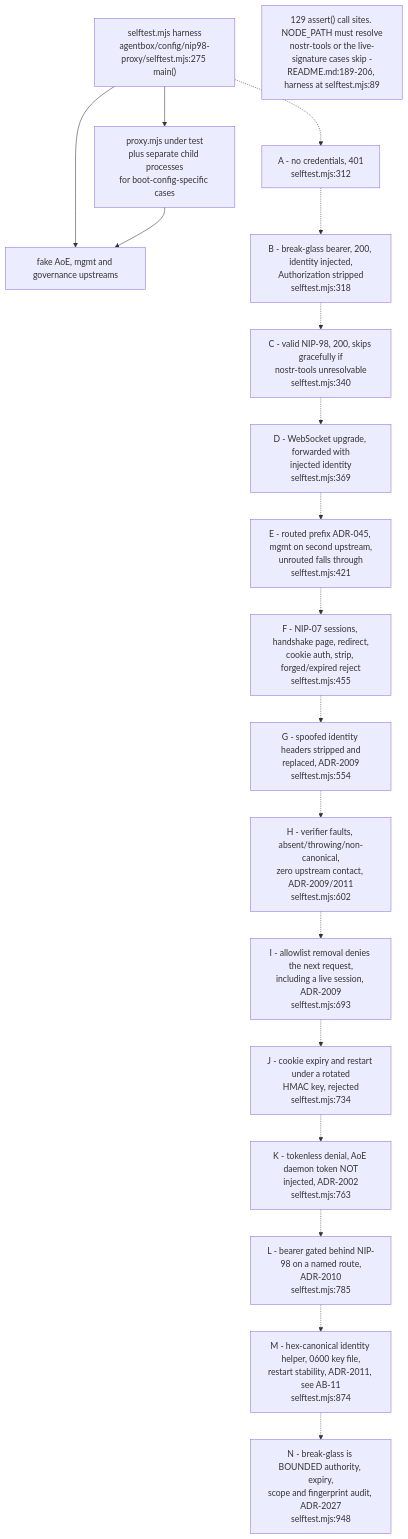
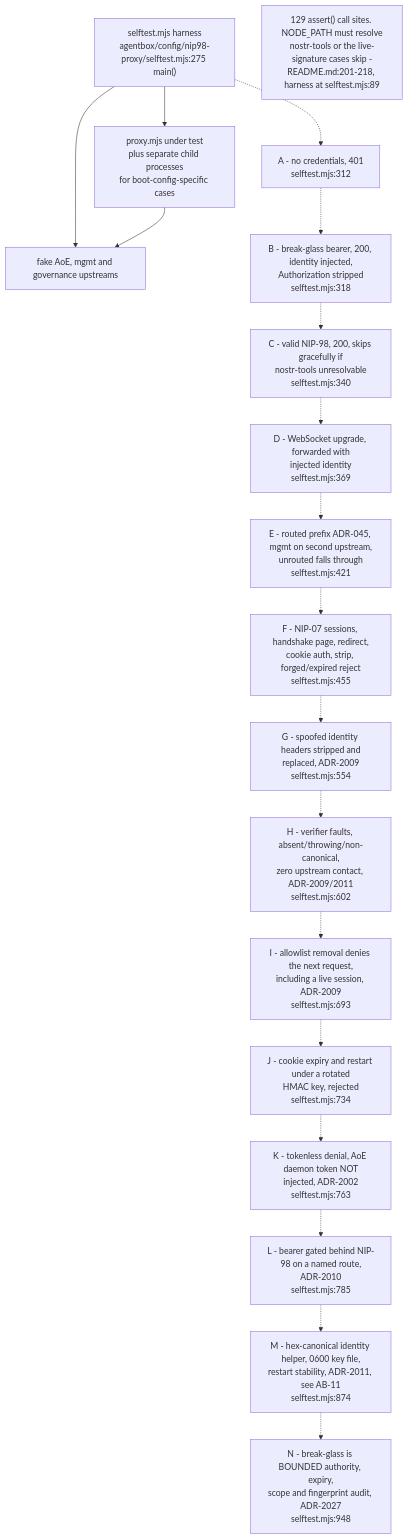
Before and after one commit to DreamLab-AI/VisionFlow: diagram 12 of 15 in docs/diagrams/agentbox/10-ingress-nip98-proxy-and-aoe.md, drawn with Mermaid. The commit also changed other lines of this file and 28 other files, not shown here.

````diff
--- a/docs/diagrams/agentbox/10-ingress-nip98-proxy-and-aoe.md
+++ b/docs/diagrams/agentbox/10-ingress-nip98-proxy-and-aoe.md
@@ -493,39 +495,39 @@
 ```mermaid
 flowchart TB
     HARNESS["selftest.mjs harness<br/>agentbox/config/nip98-proxy/selftest.mjs:275 main()"]
     PUT["proxy.mjs under test<br/>plus separate child processes<br/>for boot-config-specific cases"]
     FAKE["fake AoE, mgmt and governance upstreams"]
     A["A - no credentials, 401<br/>selftest.mjs:312"]
     B["B - break-glass bearer, 200, identity injected,<br/>Authorization stripped<br/>selftest.mjs:318"]
     C["C - valid NIP-98, 200, skips gracefully if<br/>nostr-tools unresolvable<br/>selftest.mjs:340"]
     D["D - WebSocket upgrade, forwarded with<br/>injected identity<br/>selftest.mjs:369"]
     E["E - routed prefix ADR-045, mgmt on second upstream,<br/>unrouted falls through<br/>selftest.mjs:421"]
     F["F - NIP-07 sessions, handshake page, redirect,<br/>cookie auth, strip, forged/expired reject<br/>selftest.mjs:455"]
     G["G - spoofed identity headers stripped and<br/>replaced, ADR-2009<br/>selftest.mjs:554"]
     H["H - verifier faults, absent/throwing/non-canonical,<br/>zero upstream contact, ADR-2009/2011<br/>selftest.mjs:602"]
     I["I - allowlist removal denies the next request,<br/>including a live session, ADR-2009<br/>selftest.mjs:693"]
     J["J - cookie expiry and restart under a rotated<br/>HMAC key, rejected<br/>selftest.mjs:734"]
     K["K - tokenless denial, AoE daemon token NOT<br/>injected, ADR-2002<br/>selftest.mjs:763"]
     L["L - bearer gated behind NIP-98 on a named route,<br/>ADR-2010<br/>selftest.mjs:785"]
     M["M - hex-canonical identity helper, 0600 key file,<br/>restart stability, ADR-2011, see AB-11<br/>selftest.mjs:874"]
     N["N - break-glass is BOUNDED authority, expiry,<br/>scope and fingerprint audit, ADR-2027<br/>selftest.mjs:948"]
-    NOTE1["129 assert() call sites. NODE_PATH must resolve<br/>nostr-tools or the live-signature cases skip -<br/>README.md:189-206, harness at selftest.mjs:89"]
+    NOTE1["129 assert() call sites. NODE_PATH must resolve<br/>nostr-tools or the live-signature cases skip -<br/>README.md:201-218, harness at selftest.mjs:89"]
 
     HARNESS --> PUT
     HARNESS --> FAKE
     PUT --> FAKE
     HARNESS -.-> A
     A -.-> B
     B -.-> C
     C -.-> D
     D -.-> E
     E -.-> F
     F -.-> G
     G -.-> H
     H -.-> I
     I -.-> J
     J -.-> K
     K -.-> L
     L -.-> M
     M -.-> N
 ```
````
